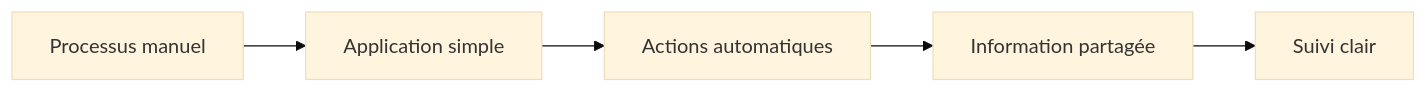
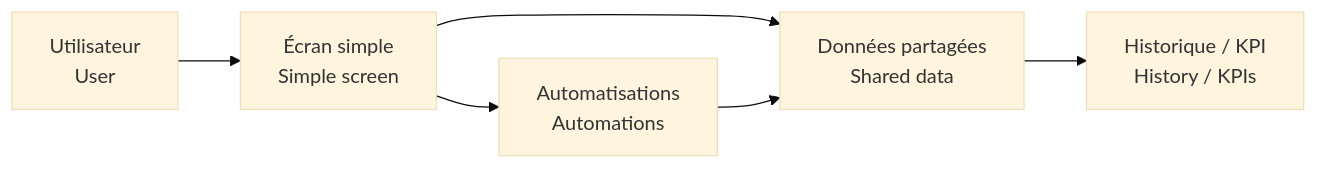
One commit to jeffersonkuku/jefferson-Mawapanga-Saku changed the second of 2 diagrams in README.md. Above: the diagram before and after it, drawn with Mermaid (base theme). The commit also changed other lines of this file and 1 other file, not shown here.

````diff
--- a/README.md
+++ b/README.md
@@ -60,7 +28,8 @@
 ```mermaid
 flowchart LR
-    A[Processus manuel] --> B[Application simple]
-    B --> C[Actions automatiques]
-    C --> D[Information partagée]
-    D --> E[Suivi clair]
+    A[Utilisateur<br/>User] --> B[Écran simple<br/>Simple screen]
+    B --> C[Données partagées<br/>Shared data]
+    B --> D[Automatisations<br/>Automations]
+    D --> C
+    C --> E[Historique / KPI<br/>History / KPIs]
 ```
````
